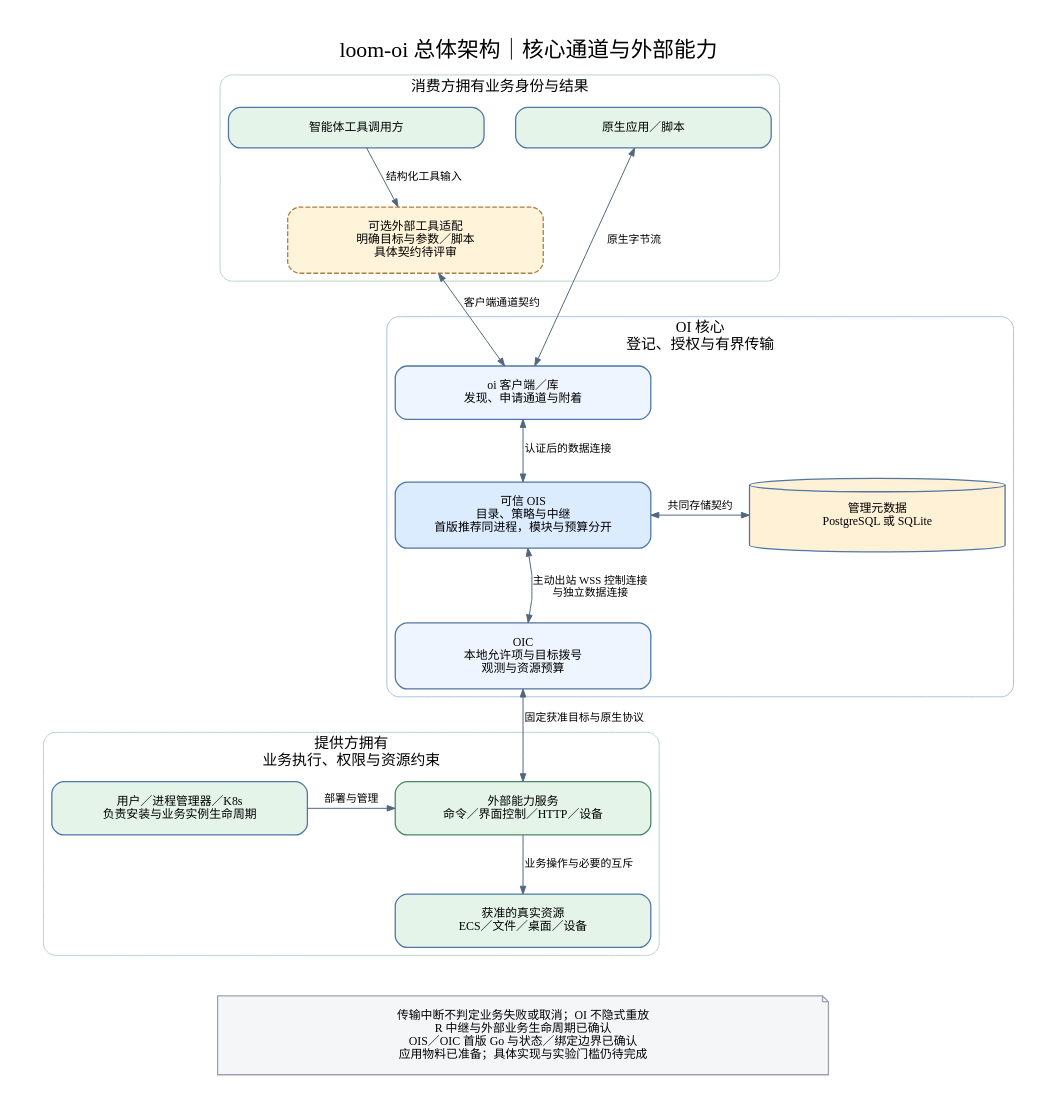
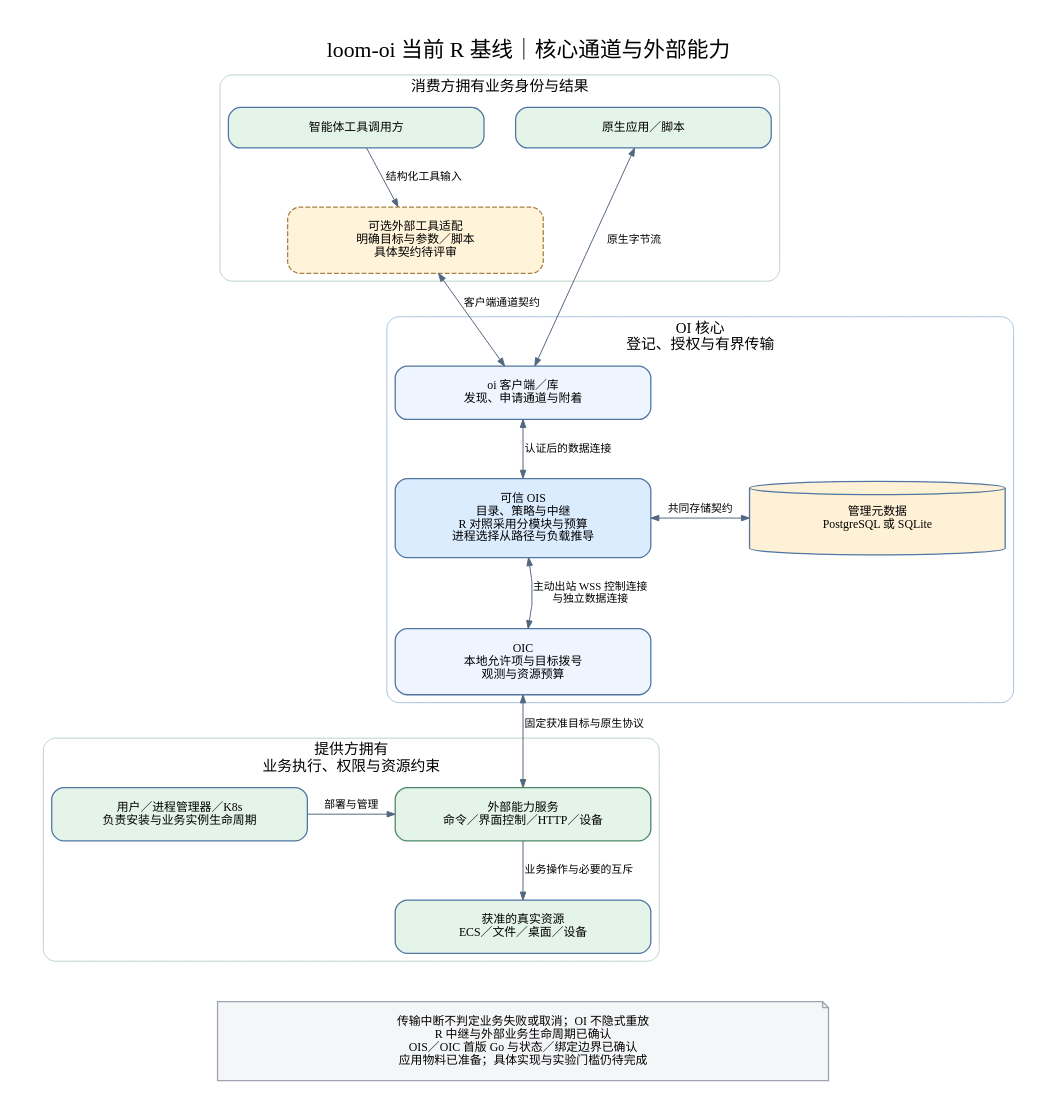
Before and after one commit to wyw-ai/loom-oi: the diagram in docs/architecture/diagrams/v0.7/01-overview.dot, drawn with Graphviz. The commit also changed 43 other files, not shown here.

```diff
--- a/docs/architecture/diagrams/v0.7/01-overview.dot
+++ b/docs/architecture/diagrams/v0.7/01-overview.dot
@@ -1,39 +1,39 @@
 digraph G {
- graph [rankdir=TB,bgcolor="white",pad="0.4",nodesep="0.45",ranksep="0.65",fontname="Noto Sans SC",fontsize=22,labelloc="t",splines=polyline,label="loom-oi 总体架构｜核心通道与外部能力"];
+ graph [rankdir=TB,bgcolor="white",pad="0.4",nodesep="0.45",ranksep="0.65",fontname="Noto Sans SC",fontsize=22,labelloc="t",splines=polyline,label="loom-oi 当前 R 基线｜核心通道与外部能力"];
  node [shape=box,style="rounded,filled",fillcolor="#eef5ff",color="#5077a3",fontname="Noto Sans SC",fontsize=12,width=3.6,margin="0.3,0.2",penwidth=1.3];
  edge [color="#52677f",fontname="Noto Sans SC",fontsize=11,arrowsize=0.8];
  subgraph cluster_consumer {
   label="消费方拥有业务身份与结果";fontsize=15;color="#b9d5c6";style="rounded";
   native[label="原生应用／脚本",fillcolor="#e4f4e9"];
   agent[label="智能体工具调用方",fillcolor="#e4f4e9"];
   adapter[label="可选外部工具适配\n明确目标与参数／脚本\n具体契约待评审",style="rounded,dashed,filled",fillcolor="#fff3d9",color="#a68142"];
   {rank=same; native; agent;}
   agent->adapter[label="结构化工具输入"];
  }
  subgraph cluster_oi {
   label="OI 核心\n登记、授权与有界传输";labeljust="c";fontsize=15;color="#a7c4e1";style="rounded";
   cli[label="oi 客户端／库\n发现、申请通道与附着"];
-  ois[label="可信 OIS\n目录、策略与中继\n首版推荐同进程，模块与预算分开",fillcolor="#dcecff"];
+  ois[label="可信 OIS\n目录、策略与中继\nR 对照采用分模块与预算\n进程选择从路径与负载推导",fillcolor="#dcecff"];
   oic[label="OIC\n本地允许项与目标拨号\n观测与资源预算"];
   store[label="管理元数据\nPostgreSQL 或 SQLite",shape=cylinder,fillcolor="#fff1d6"];
   cli->ois[dir=both,label="认证后的数据连接"];
   oic->ois[dir=both,label="主动出站 WSS 控制连接\n与独立数据连接",constraint=false];
   ois->oic[style=invis];
   ois->store[dir=both,label="共同存储契约"];
   {rank=same; ois; store;}
  }
  subgraph cluster_provider {
   label="提供方拥有\n业务执行、权限与资源约束";labeljust="c";fontsize=15;color="#b9d5c6";style="rounded";
   service[label="外部能力服务\n命令／界面控制／HTTP／设备",fillcolor="#e4f4e9",color="#4b8767"];
   owner[label="用户／进程管理器／K8s\n负责安装与业务实例生命周期",fillcolor="#e4f4e9"];
   resource[label="获准的真实资源\nECS／文件／桌面／设备",fillcolor="#e4f4e9"];
   owner->service[label="部署与管理"];
   service->resource[label="业务操作与必要的互斥"];
   {rank=same; service; owner;}
  }
  native->cli[dir=both,label="原生字节流"];
  adapter->cli[dir=both,label="客户端通道契约"];
  oic->service[dir=both,label="固定获准目标与原生协议"];
  note[label="传输中断不判定业务失败或取消；OI 不隐式重放\nR 中继与外部业务生命周期已确认\nOIS／OIC 首版 Go 与状态／绑定边界已确认\n应用物料已准备；具体实现与实验门槛仍待完成",width=8.6,shape=note,fillcolor="#f5f6f8",color="#9ca3af",fontsize=12];
  resource->note[style=invis];
 }
```
